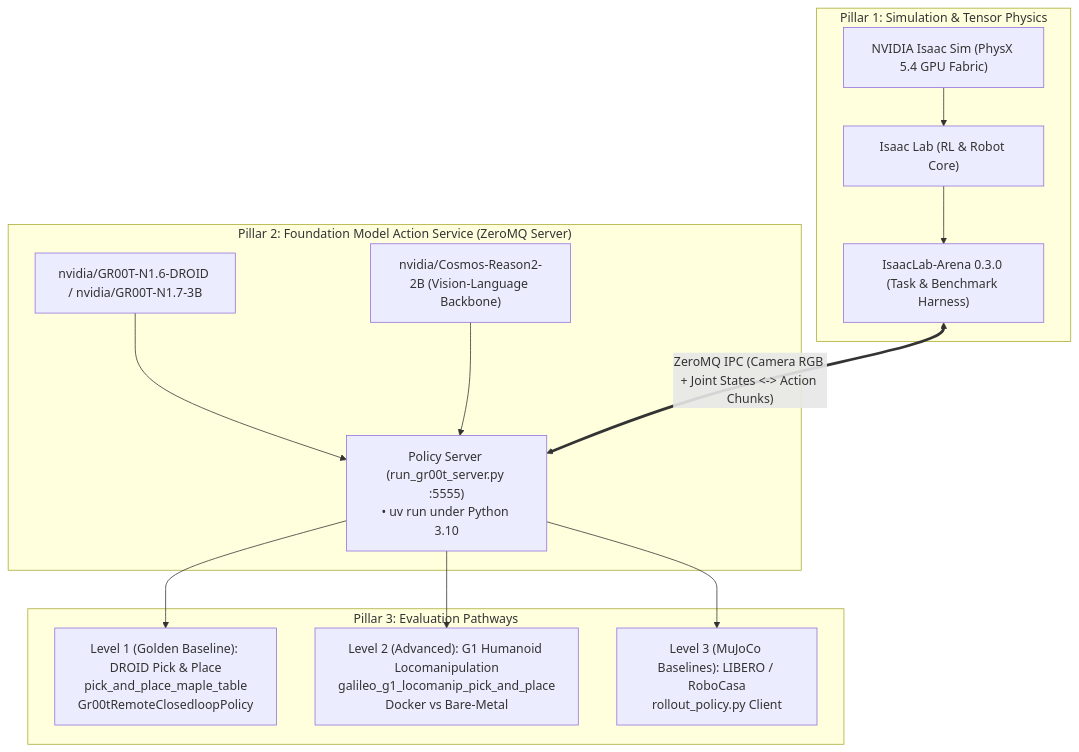
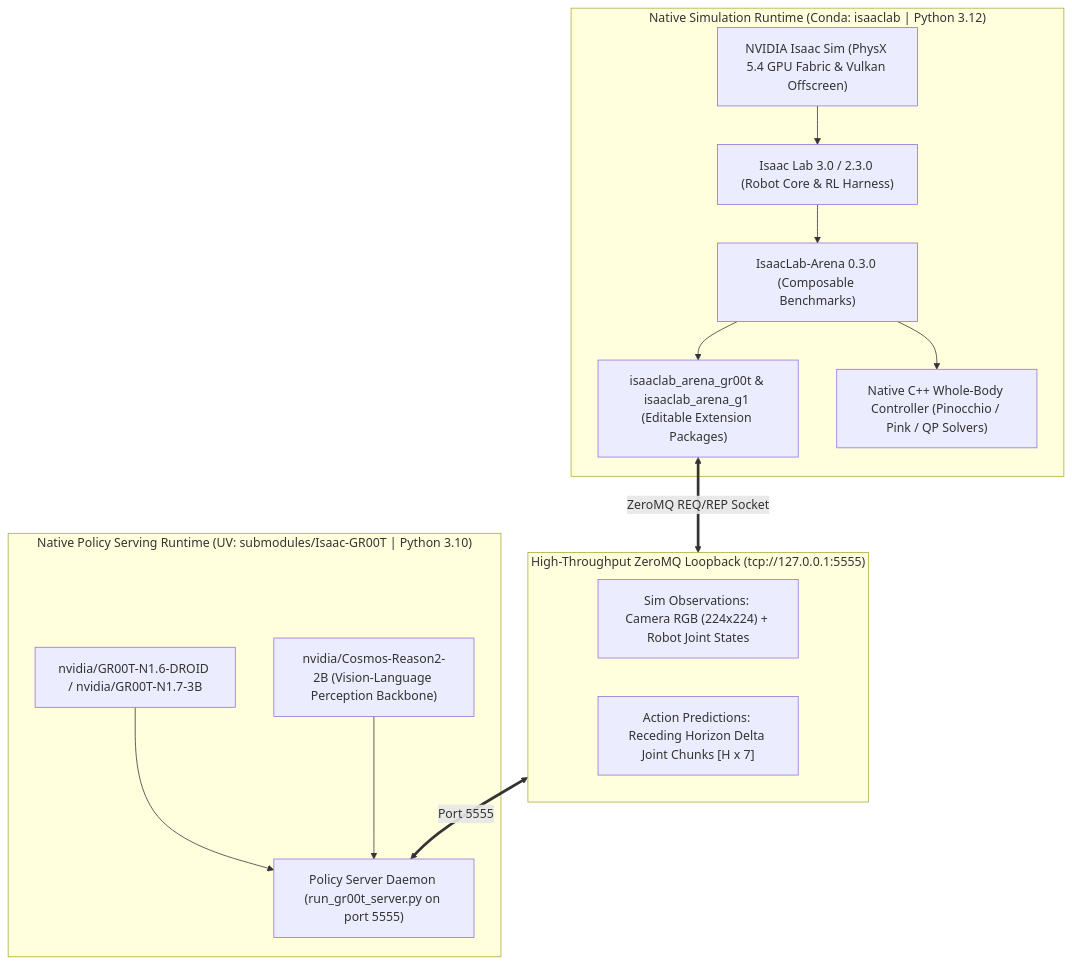
The first of 3 diagrams in .agents/references/docs/debugging_arena_gr00t.md (boredengineering/IsaacAutomator), drawn with Mermaid before and after one commit. The commit also changed other lines of this file, not shown here.

Commit message:
docs: overhaul debugging_arena_gr00t.md with 100% native bare-metal architecture and 5 root cause analyses

````diff
--- a/.agents/references/docs/debugging_arena_gr00t.md
+++ b/.agents/references/docs/debugging_arena_gr00t.md
@@ -13,25 +13,25 @@
 ```mermaid
 flowchart TD
-    subgraph PILLAR_1 ["Pillar 1: Simulation & Tensor Physics"]
-        SIM["NVIDIA Isaac Sim (PhysX 5.4 GPU Fabric)"]
-        LAB["Isaac Lab (RL & Robot Core)"]
-        ARENA["IsaacLab-Arena 0.3.0 (Task & Benchmark Harness)"]
-        SIM --> LAB --> ARENA
+    subgraph SIM_LAYER ["Native Simulation Runtime (Conda: isaaclab | Python 3.12)"]
+        SIM["NVIDIA Isaac Sim (PhysX 5.4 GPU Fabric & Vulkan Offscreen)"]
+        LAB["Isaac Lab 3.0 / 2.3.0 (Robot Core & RL Harness)"]
+        ARENA["IsaacLab-Arena 0.3.0 (Composable Benchmarks)"]
+        ARENA_EXT["isaaclab_arena_gr00t & isaaclab_arena_g1 (Editable Extension Packages)"]
+        WBC["Native C++ Whole-Body Controller (Pinocchio / Pink / QP Solvers)"]
+        SIM --> LAB --> ARENA --> ARENA_EXT & WBC
     end
 
-    subgraph PILLAR_2 ["Pillar 2: Foundation Model Action Service (ZeroMQ Server)"]
+    subgraph POLICY_LAYER ["Native Policy Serving Runtime (UV: submodules/Isaac-GR00T | Python 3.10)"]
         GR00T_WEIGHTS["nvidia/GR00T-N1.6-DROID / nvidia/GR00T-N1.7-3B"]
-        COSMOS_WEIGHTS["nvidia/Cosmos-Reason2-2B (Vision-Language Backbone)"]
-        GR00T_SRV["Policy Server (run_gr00t_server.py :5555)\n• uv run under Python 3.10"]
-        GR00T_WEIGHTS & COSMOS_WEIGHTS --> GR00T_SRV
+        COSMOS_BACKBONE["nvidia/Cosmos-Reason2-2B (Vision-Language Perception Backbone)"]
+        GR00T_SRV["Policy Server Daemon (run_gr00t_server.py on port 5555)"]
+        GR00T_WEIGHTS & COSMOS_BACKBONE --> GR00T_SRV
     end
 
-    subgraph PILLAR_3 ["Pillar 3: Evaluation Pathways"]
-        PATH_CANONICAL["Level 1 (Golden Baseline): DROID Pick & Place\npick_and_place_maple_table\nGr00tRemoteClosedloopPolicy"]
-        PATH_LOCOMANIP["Level 2 (Advanced): G1 Humanoid Locomanipulation\ngalileo_g1_locomanip_pick_and_place\nDocker vs Bare-Metal"]
-        PATH_MUJOCO["Level 3 (MuJoCo Baselines): LIBERO / RoboCasa\nrollout_policy.py Client"]
+    subgraph IPC_BRIDGE ["High-Throughput ZeroMQ Loopback (tcp://127.0.0.1:5555)"]
+        OBS["Sim Observations: Camera RGB (224x224) + Robot Joint States"]
+        ACTIONS["Action Predictions: Receding Horizon Delta Joint Chunks [H x 7]"]
     end
 
-    ARENA <== "ZeroMQ IPC (Camera RGB + Joint States <-> Action Chunks)" ==> GR00T_SRV
-    GR00T_SRV --> PATH_CANONICAL & PATH_LOCOMANIP & PATH_MUJOCO
+    ARENA_EXT <== "ZeroMQ REQ/REP Socket" ==> IPC_BRIDGE <== "Port 5555" ==> GR00T_SRV
 ```
````
